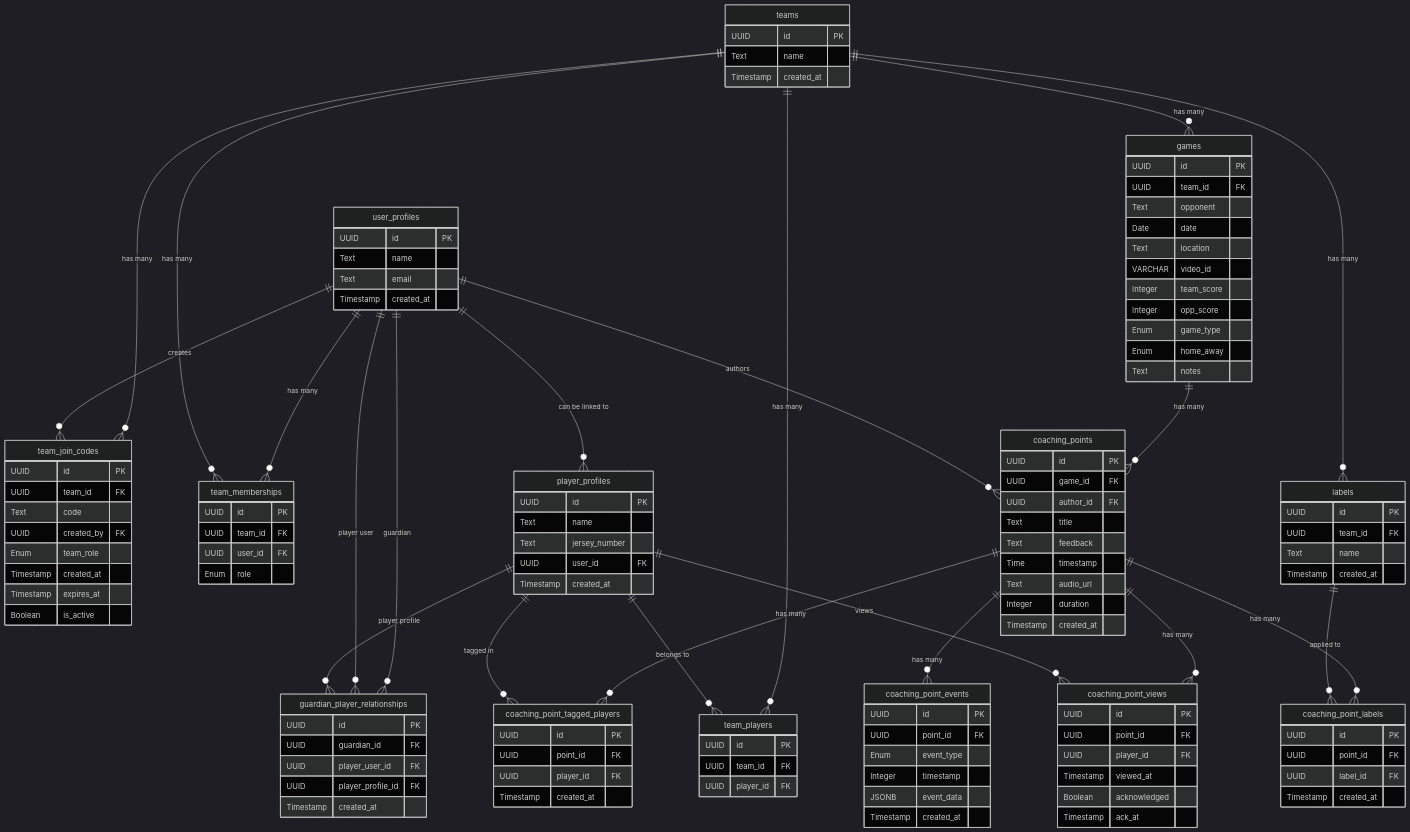
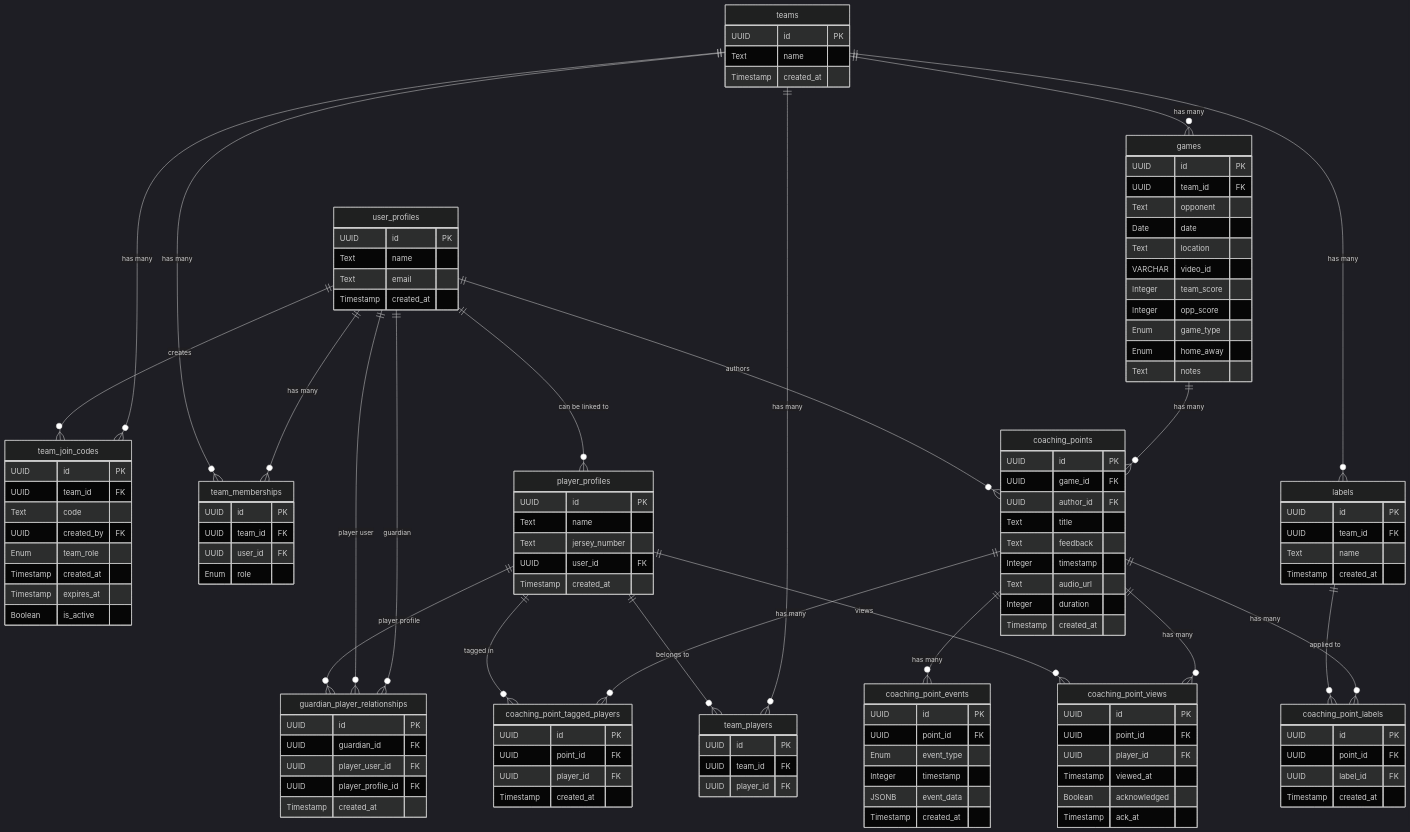
One commit to tynidev/tactix changed the diagram in docs/schema.md. Above: the diagram before and after it, drawn with Mermaid (dark theme). The commit also changed other lines of this file and 15 other files, not shown here.

```diff
--- a/docs/schema.md
+++ b/docs/schema.md
@@ -209,7 +209,7 @@
         UUID author_id FK
         Text title
         Text feedback
-        Time timestamp
+        Integer timestamp
         Text audio_url
         Integer duration
         Timestamp created_at
```
